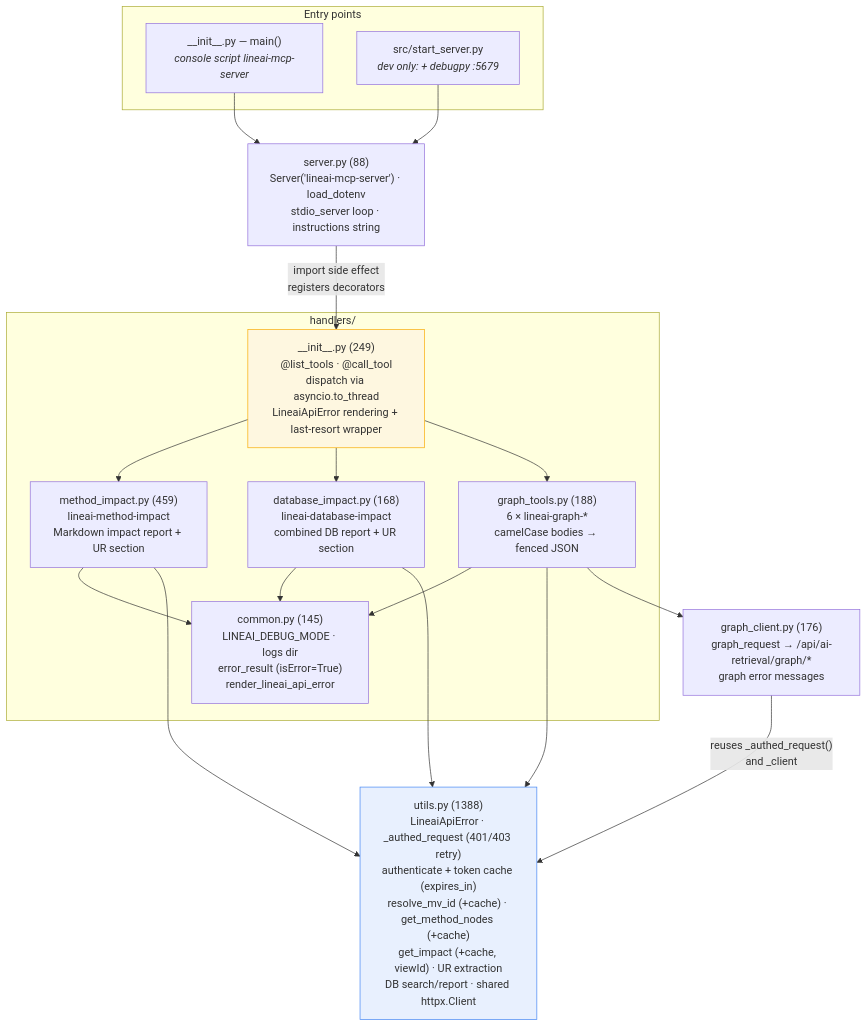
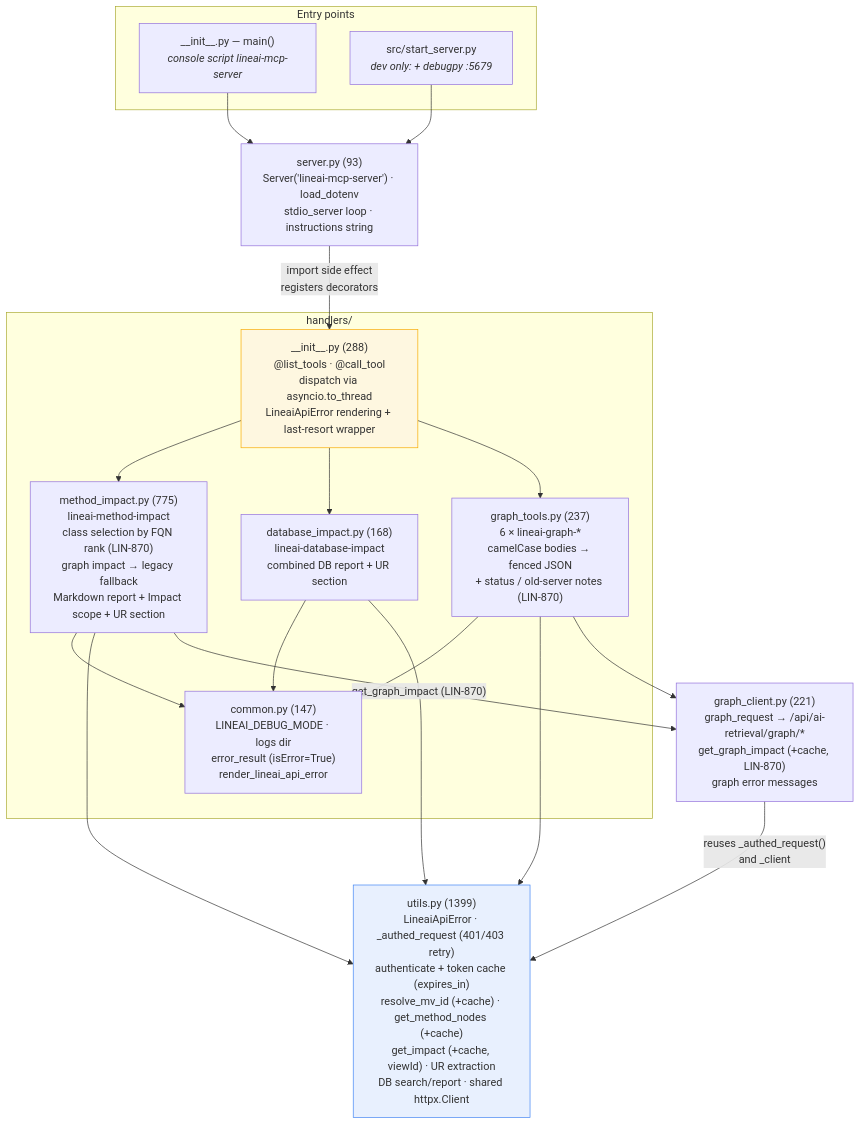
One commit to lineai-intelligence/lineai-mcp-server changed the second of 5 diagrams in docs/architecture-diagrams.md. Above: the diagram before and after it, drawn with Mermaid. The commit also changed other lines of this file and 20 other files, not shown here.

````diff
--- a/docs/architecture-diagrams.md
+++ b/docs/architecture-diagrams.md
@@ -54,38 +54,39 @@
 ```mermaid
 flowchart TD
     subgraph ENTRY["Entry points"]
         PKG["__init__.py — main()<br/><i>console script lineai-mcp-server</i>"]
         DBG["src/start_server.py<br/><i>dev only: + debugpy :5679</i>"]
     end
 
-    SRV["server.py (88)<br/>Server('lineai-mcp-server') · load_dotenv<br/>stdio_server loop · instructions string"]
+    SRV["server.py (93)<br/>Server('lineai-mcp-server') · load_dotenv<br/>stdio_server loop · instructions string"]
 
     subgraph HANDLERS["handlers/"]
-        HINIT["__init__.py (249)<br/>@list_tools · @call_tool<br/>dispatch via asyncio.to_thread<br/>LineaiApiError rendering + last-resort wrapper"]
-        HMI["method_impact.py (459)<br/>lineai-method-impact<br/>Markdown impact report + UR section"]
+        HINIT["__init__.py (288)<br/>@list_tools · @call_tool<br/>dispatch via asyncio.to_thread<br/>LineaiApiError rendering + last-resort wrapper"]
+        HMI["method_impact.py (775)<br/>lineai-method-impact<br/>class selection by FQN rank (LIN-870)<br/>graph impact → legacy fallback<br/>Markdown report + Impact scope + UR section"]
         HDI["database_impact.py (168)<br/>lineai-database-impact<br/>combined DB report + UR section"]
-        HGT["graph_tools.py (188)<br/>6 × lineai-graph-*<br/>camelCase bodies → fenced JSON"]
-        HCOM["common.py (145)<br/>LINEAI_DEBUG_MODE · logs dir<br/>error_result (isError=True)<br/>render_lineai_api_error"]
+        HGT["graph_tools.py (237)<br/>6 × lineai-graph-*<br/>camelCase bodies → fenced JSON<br/>+ status / old-server notes (LIN-870)"]
+        HCOM["common.py (147)<br/>LINEAI_DEBUG_MODE · logs dir<br/>error_result (isError=True)<br/>render_lineai_api_error"]
     end
 
-    UTILS["utils.py (1388)<br/>LineaiApiError · _authed_request (401/403 retry)<br/>authenticate + token cache (expires_in)<br/>resolve_mv_id (+cache) · get_method_nodes (+cache)<br/>get_impact (+cache, viewId) · UR extraction<br/>DB search/report · shared httpx.Client"]
-    GC["graph_client.py (176)<br/>graph_request → /api/ai-retrieval/graph/*<br/>graph error messages"]
+    UTILS["utils.py (1399)<br/>LineaiApiError · _authed_request (401/403 retry)<br/>authenticate + token cache (expires_in)<br/>resolve_mv_id (+cache) · get_method_nodes (+cache)<br/>get_impact (+cache, viewId) · UR extraction<br/>DB search/report · shared httpx.Client"]
+    GC["graph_client.py (221)<br/>graph_request → /api/ai-retrieval/graph/*<br/>get_graph_impact (+cache, LIN-870)<br/>graph error messages"]
 
     PKG --> SRV
     DBG --> SRV
     SRV -- "import side effect<br/>registers decorators" --> HINIT
     HINIT --> HMI
     HINIT --> HDI
     HINIT --> HGT
     HMI --> HCOM
     HDI --> HCOM
     HGT --> HCOM
     HMI --> UTILS
     HDI --> UTILS
     HGT --> UTILS
     HGT --> GC
+    HMI -- "get_graph_impact (LIN-870)" --> GC
     GC -- "reuses _authed_request()<br/>and _client" --> UTILS
 
     style UTILS fill:#e8f0fe,stroke:#4285f4
     style HINIT fill:#fef7e0,stroke:#f9ab00
 ```
````
